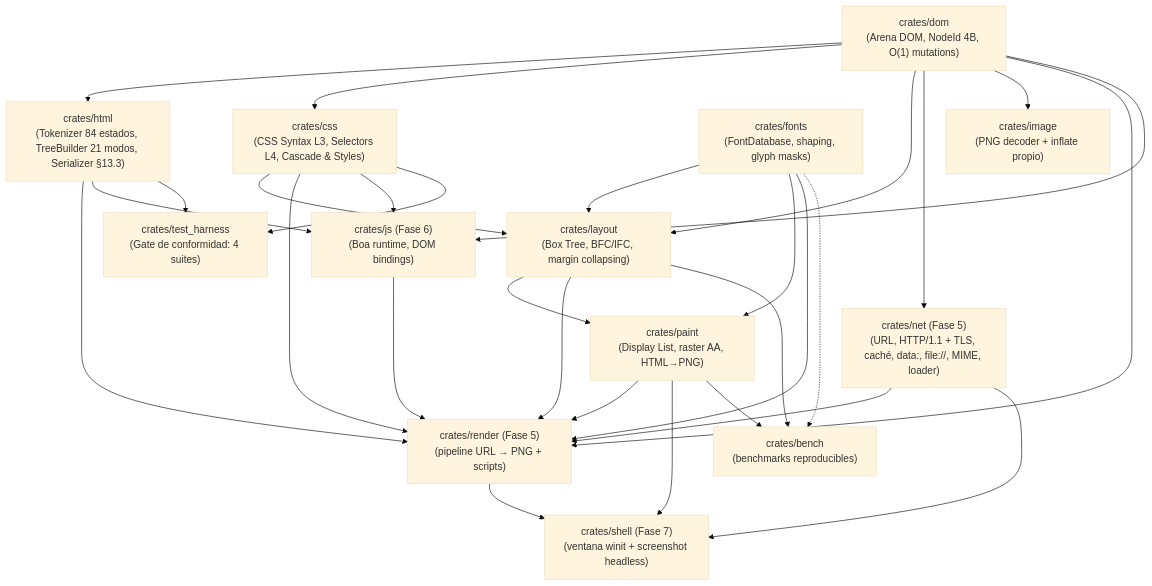
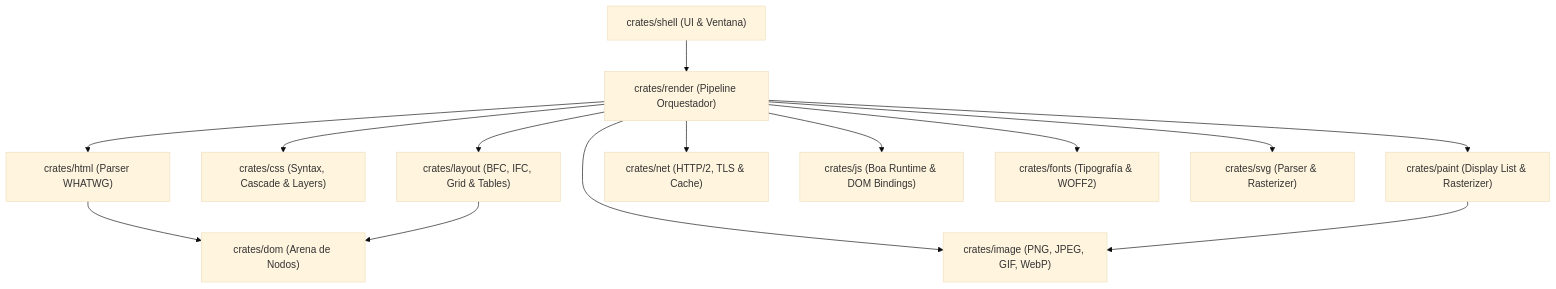
One commit to juanpimg/Megi changed the diagram in README.md. Above: the diagram before and after it, drawn with Mermaid (base theme). The commit also changed other lines of this file and 2 other files, not shown here.

````diff
--- a/README.md
+++ b/README.md
@@ -229,45 +98,17 @@
 ```mermaid
 graph TD
-    dom["crates/dom<br/>(Arena DOM, NodeId 4B, O(1) mutations)"]
-    html["crates/html<br/>(Tokenizer 84 estados, TreeBuilder 21 modos, Serializer §13.3)"]
-    css["crates/css<br/>(CSS Syntax L3, Selectors L4, Cascade & Styles)"]
-    layout["crates/layout<br/>(Box Tree, BFC/IFC, margin collapsing)"]
-    fonts["crates/fonts<br/>(FontDatabase, shaping, glyph masks)"]
-    paint["crates/paint<br/>(Display List, raster AA, HTML→PNG)"]
-    net["crates/net (Fase 5)<br/>(URL, HTTP/1.1 + TLS, caché, data:, file://, MIME, loader)"]
-    image["crates/image<br/>(PNG decoder + inflate propio)"]
-    js["crates/js (Fase 6)<br/>(Boa runtime, DOM bindings)"]
-    render["crates/render (Fase 5)<br/>(pipeline URL → PNG + scripts)"]
-    shell["crates/shell (Fase 7)<br/>(ventana winit + screenshot headless)"]
-    bench["crates/bench<br/>(benchmarks reproducibles)"]
-    test_harness["crates/test_harness<br/>(Gate de conformidad: 4 suites)"]
-
-    dom --> html
-    dom --> css
-    dom --> layout
-    css --> layout
-    layout --> paint
-    fonts --> layout
-    fonts --> paint
-    dom --> net
-    dom --> image
-    net --> render
-    html --> render
-    css --> render
-    layout --> render
-    paint --> render
-    fonts --> render
-    dom --> render
-    dom --> js
-    html --> js
-    css --> js
-    js --> render
-    render --> shell
-    paint --> shell
-    net --> shell
-    html --> test_harness
-    css --> test_harness
-    layout --> bench
-    paint --> bench
-    fonts -.-> bench
+    shell["crates/shell (UI & Ventana)"] --> render["crates/render (Pipeline Orquestador)"]
+    render --> html["crates/html (Parser WHATWG)"]
+    render --> css["crates/css (Syntax, Cascade & Layers)"]
+    render --> layout["crates/layout (BFC, IFC, Grid & Tables)"]
+    render --> paint["crates/paint (Display List & Rasterizer)"]
+    render --> net["crates/net (HTTP/2, TLS & Cache)"]
+    render --> js["crates/js (Boa Runtime & DOM Bindings)"]
+    render --> fonts["crates/fonts (Tipografía & WOFF2)"]
+    render --> image["crates/image (PNG, JPEG, GIF, WebP)"]
+    render --> svg["crates/svg (Parser & Rasterizer)"]
+    
+    html --> dom["crates/dom (Arena de Nodos)"]
+    layout --> dom
+    paint --> image
 ```
````
